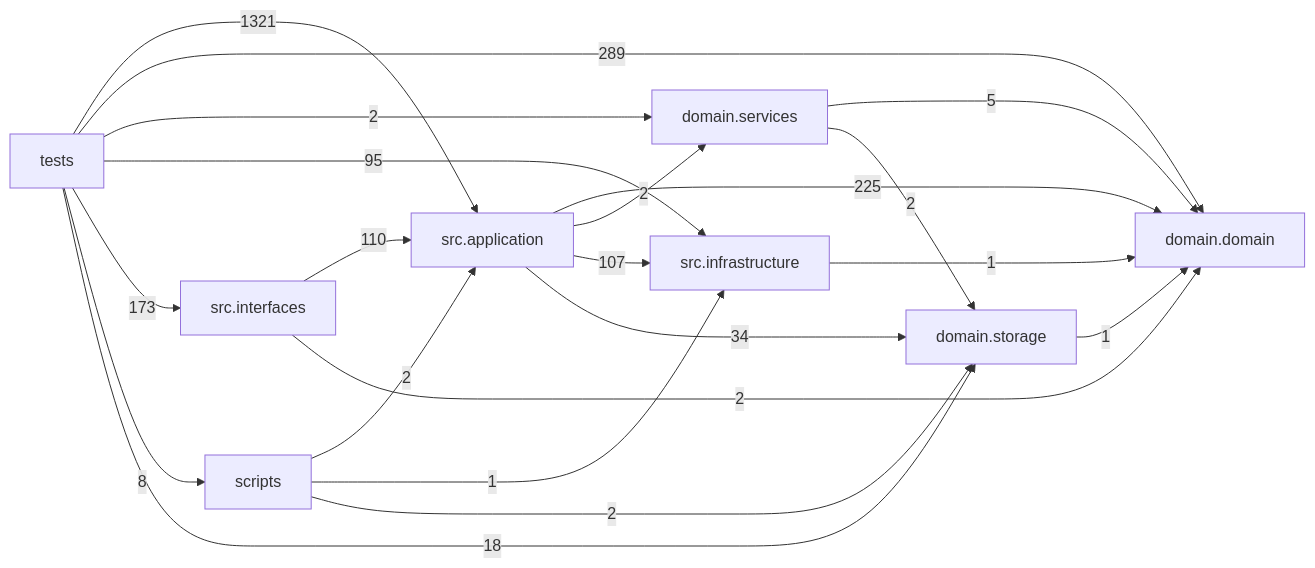
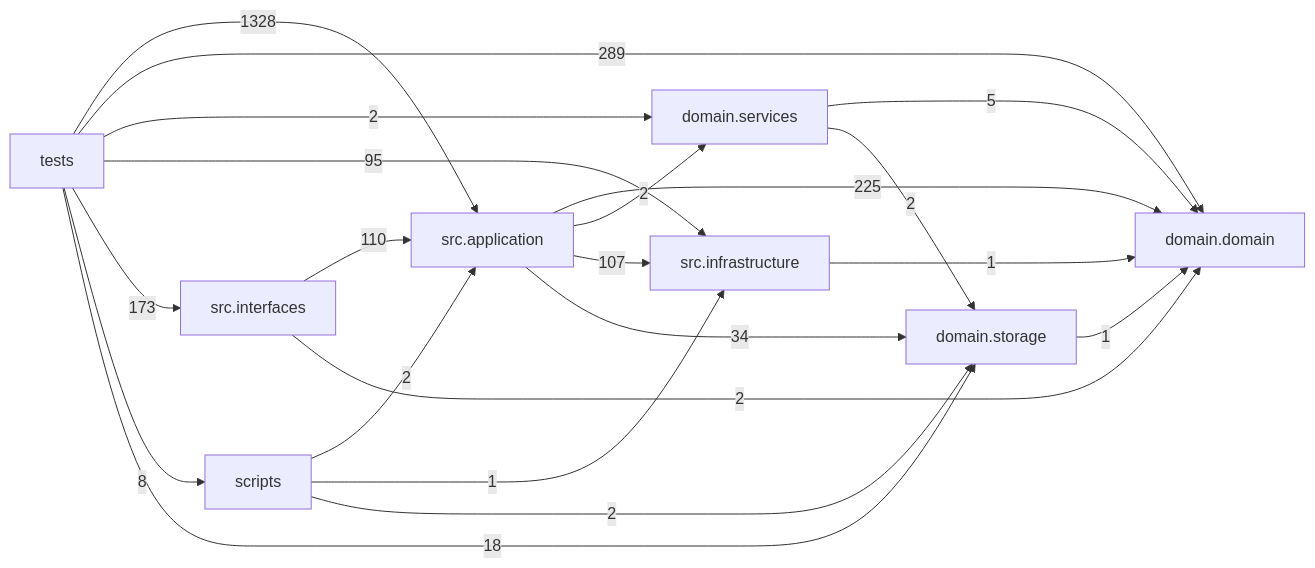
The diagram in docs/DEPENDENCY_GRAPH.md (liuxie066/options-monitor), drawn with Mermaid before and after one commit. The commit also changed other lines of this file and 2 other files, not shown here.

````diff
--- a/docs/DEPENDENCY_GRAPH.md
+++ b/docs/DEPENDENCY_GRAPH.md
@@ -24,31 +24,31 @@
 ```mermaid
 flowchart LR
   tests["tests"]
   scripts["scripts"]
   interfaces["src.interfaces"]
   application["src.application"]
   infrastructure["src.infrastructure"]
   domain_services["domain.services"]
   domain["domain.domain"]
   storage["domain.storage"]
   application -->|225| domain
   application -->|2| domain_services
   application -->|107| infrastructure
   application -->|34| storage
   domain_services -->|5| domain
   domain_services -->|2| storage
   infrastructure -->|1| domain
   interfaces -->|110| application
   interfaces -->|2| domain
   scripts -->|2| application
   scripts -->|1| infrastructure
   scripts -->|2| storage
   storage -->|1| domain
-  tests -->|1321| application
+  tests -->|1328| application
   tests -->|289| domain
   tests -->|2| domain_services
   tests -->|95| infrastructure
   tests -->|173| interfaces
   tests -->|8| scripts
   tests -->|18| storage
 ```
````
